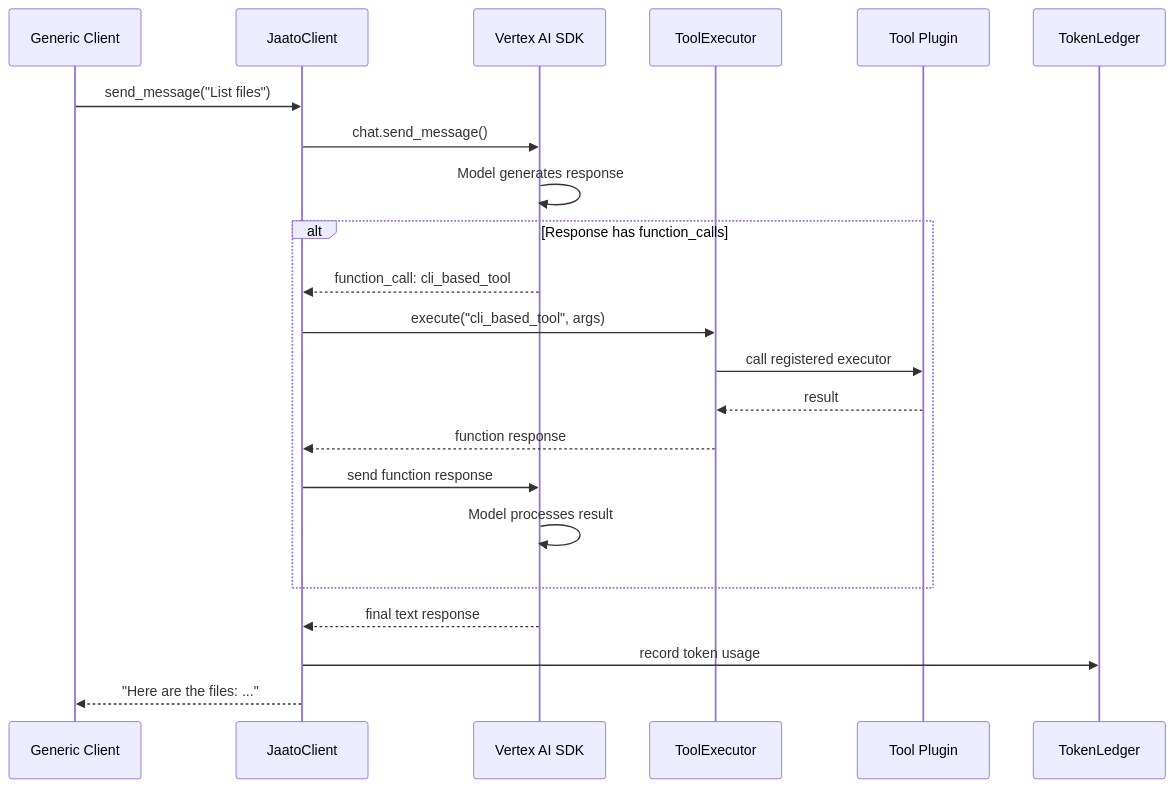
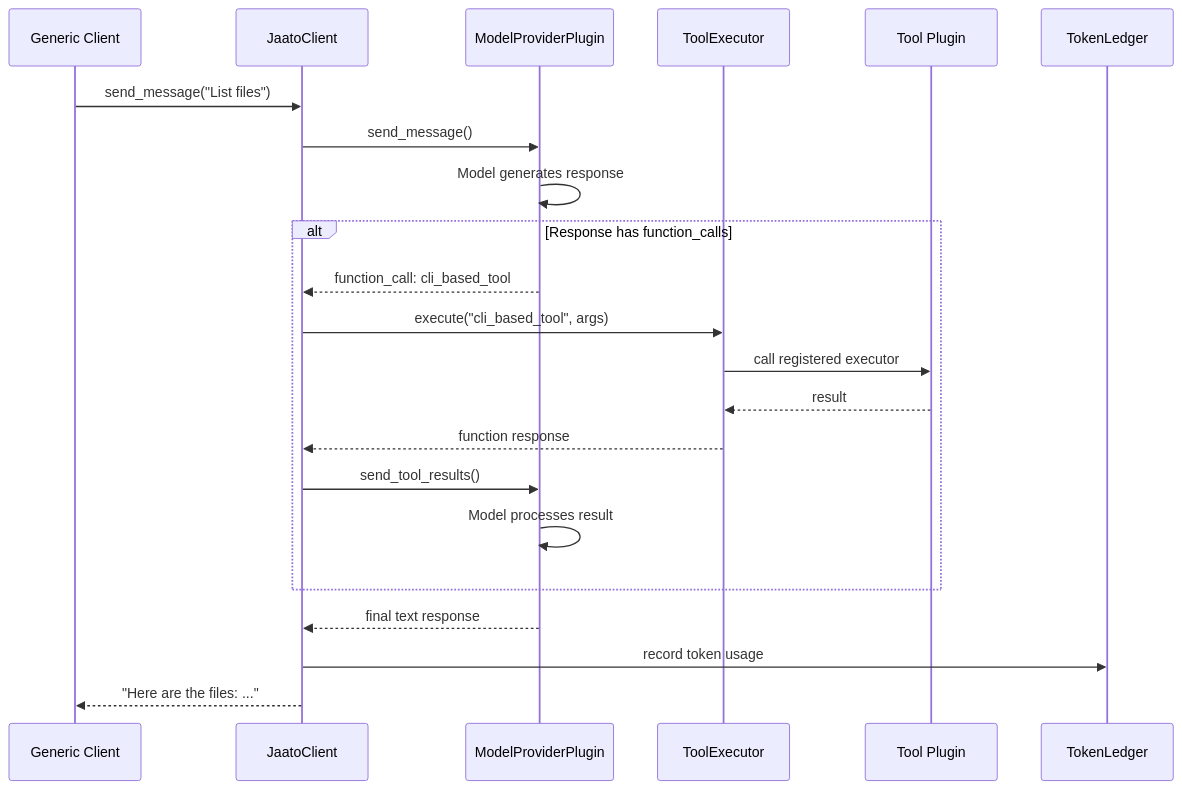
Before and after one commit to Jaato-framework-and-examples/jaato: the second of 6 diagrams in docs/architecture.md, drawn with Mermaid.

Commit message:
docs(architecture): Update sequence diagram to use ModelProviderPlugin
Replace "Vertex AI SDK" with "ModelProviderPlugin" in the message flow
sequence diagram to reflect the provider-agnostic architecture.

````diff
--- a/docs/architecture.md
+++ b/docs/architecture.md
@@ -129,27 +129,27 @@
 ```mermaid
 sequenceDiagram
     participant App as Generic Client
     participant JC as JaatoClient
-    participant SDK as Vertex AI SDK
+    participant Provider as ModelProviderPlugin
     participant TE as ToolExecutor
     participant Plugin as Tool Plugin
     participant TL as TokenLedger
 
     App->>JC: send_message("List files")
-    JC->>SDK: chat.send_message()
-    SDK->>SDK: Model generates response
+    JC->>Provider: send_message()
+    Provider->>Provider: Model generates response
 
     alt Response has function_calls
-        SDK-->>JC: function_call: cli_based_tool
+        Provider-->>JC: function_call: cli_based_tool
         JC->>TE: execute("cli_based_tool", args)
         TE->>Plugin: call registered executor
         Plugin-->>TE: result
         TE-->>JC: function response
-        JC->>SDK: send function response
-        SDK->>SDK: Model processes result
+        JC->>Provider: send_tool_results()
+        Provider->>Provider: Model processes result
     end
 
-    SDK-->>JC: final text response
+    Provider-->>JC: final text response
     JC->>TL: record token usage
     JC-->>App: "Here are the files: ..."
 ```
````
